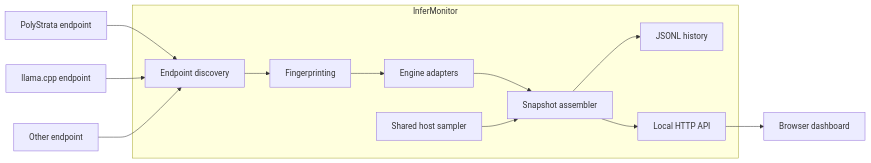
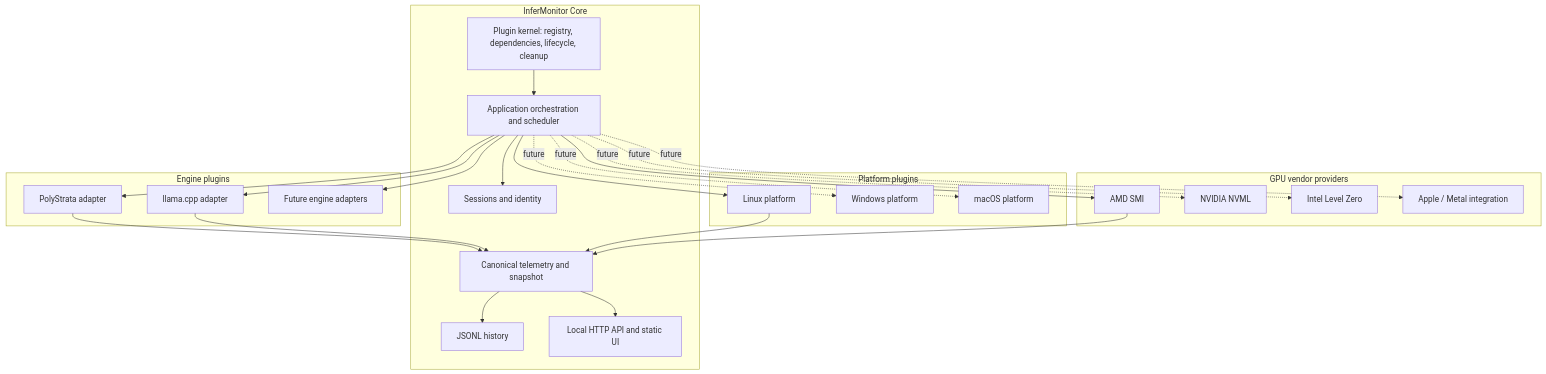
Before and after one commit to tamilsabaridshs/InferMonitor: the diagram in docs/architecture/SYSTEM_ARCHITECTURE.md, drawn with Mermaid. The commit also changed other lines of this file, not shown here.

Commit message:
docs: align architecture and traceability with provider contracts

````diff
--- a/docs/architecture/SYSTEM_ARCHITECTURE.md
+++ b/docs/architecture/SYSTEM_ARCHITECTURE.md
@@ -7,15 +36,45 @@
 ```mermaid
-flowchart LR
-  P[PolyStrata endpoint] --> D[Endpoint discovery]
-  L[llama.cpp endpoint] --> D
-  X[Other endpoint] --> D
-  subgraph IM[InferMonitor]
-    D --> F[Fingerprinting]
-    F --> A[Engine adapters]
-    A --> S[Snapshot assembler]
-    H[Shared host sampler] --> S
-    S --> J[JSONL history]
-    S --> API[Local HTTP API]
+flowchart TB
+  subgraph Core[InferMonitor Core]
+    K[Plugin kernel: registry, dependencies, lifecycle, cleanup]
+    O[Application orchestration and scheduler]
+    S[Sessions and identity]
+    N[Canonical telemetry and snapshot]
+    H[JSONL history]
+    A[Local HTTP API and static UI]
   end
-  API --> UI[Browser dashboard]
+  subgraph Engines[Engine plugins]
+    P[PolyStrata adapter]
+    L[llama.cpp adapter]
+    E[Future engine adapters]
+  end
+  subgraph Platforms[Platform plugins]
+    LP[Linux platform]
+    WP[Windows platform]
+    MP[macOS platform]
+  end
+  subgraph GPUs[GPU vendor providers]
+    AMD[AMD SMI]
+    NV[NVIDIA NVML]
+    INT[Intel Level Zero]
+    APP[Apple / Metal integration]
+  end
+  K --> O
+  O --> S
+  O --> P
+  O --> L
+  O --> E
+  O --> LP
+  O -. future .-> WP
+  O -. future .-> MP
+  O --> AMD
+  O -. future .-> NV
+  O -. future .-> INT
+  O -. future .-> APP
+  P --> N
+  L --> N
+  LP --> N
+  AMD --> N
+  N --> H
+  N --> A
 ```
````
